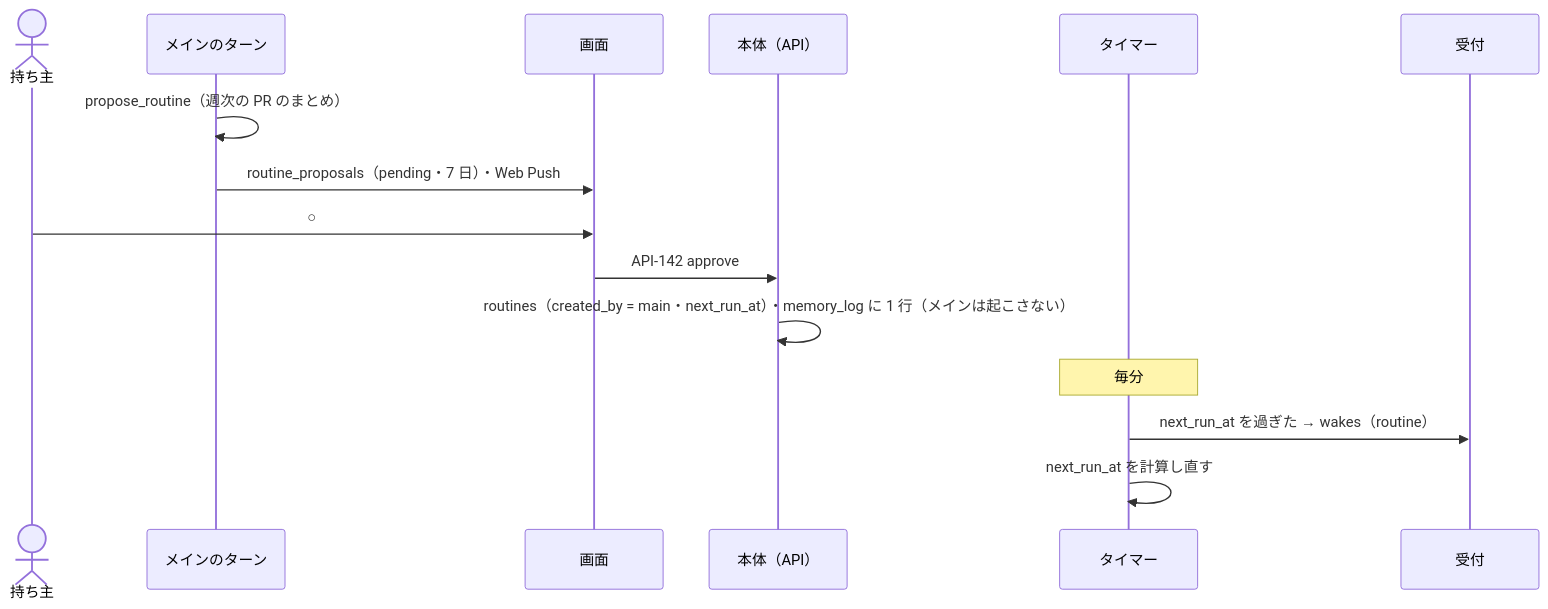
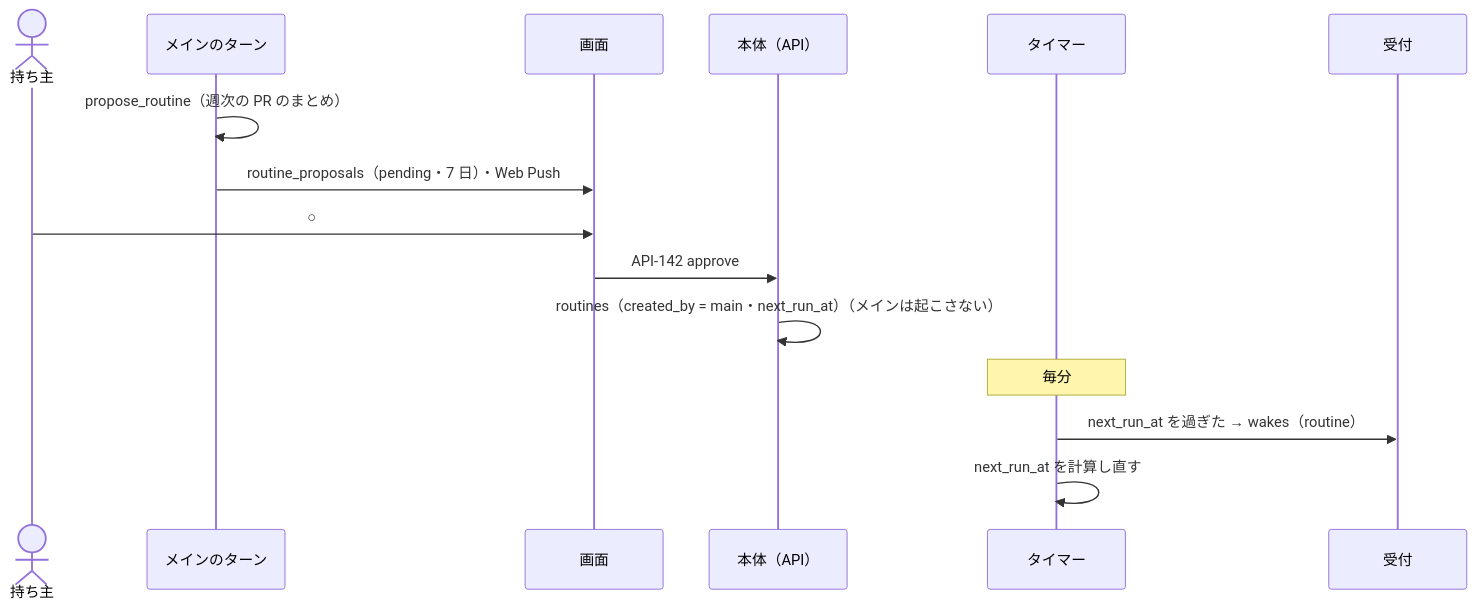
Before and after one commit to itiwoja/agent-team: the fourth of 13 diagrams in docs/design/10_diagrams/sequences.md, drawn with Mermaid. The commit also changed other lines of this file and 34 other files, not shown here.

````diff
--- a/docs/design/10_diagrams/sequences.md
+++ b/docs/design/10_diagrams/sequences.md
@@ -79,17 +82,17 @@
 ```mermaid
 sequenceDiagram
  actor O as 持ち主
  participant T as メインのターン
  participant W as 画面
  participant API as 本体（API）
  participant TM as タイマー
  participant IN as 受付
  T->>T: propose_routine（週次の PR のまとめ）
  T->>W: routine_proposals（pending・7 日）・Web Push
  O->>W: ○
  W->>API: API-142 approve
- API->>API: routines（created_by = main・next_run_at）・memory_log に 1 行（メインは起こさない）
+ API->>API: routines（created_by = main・next_run_at）（メインは起こさない）
  Note over TM: 毎分
  TM->>IN: next_run_at を過ぎた → wakes（routine）
  TM->>TM: next_run_at を計算し直す
 ```
````
